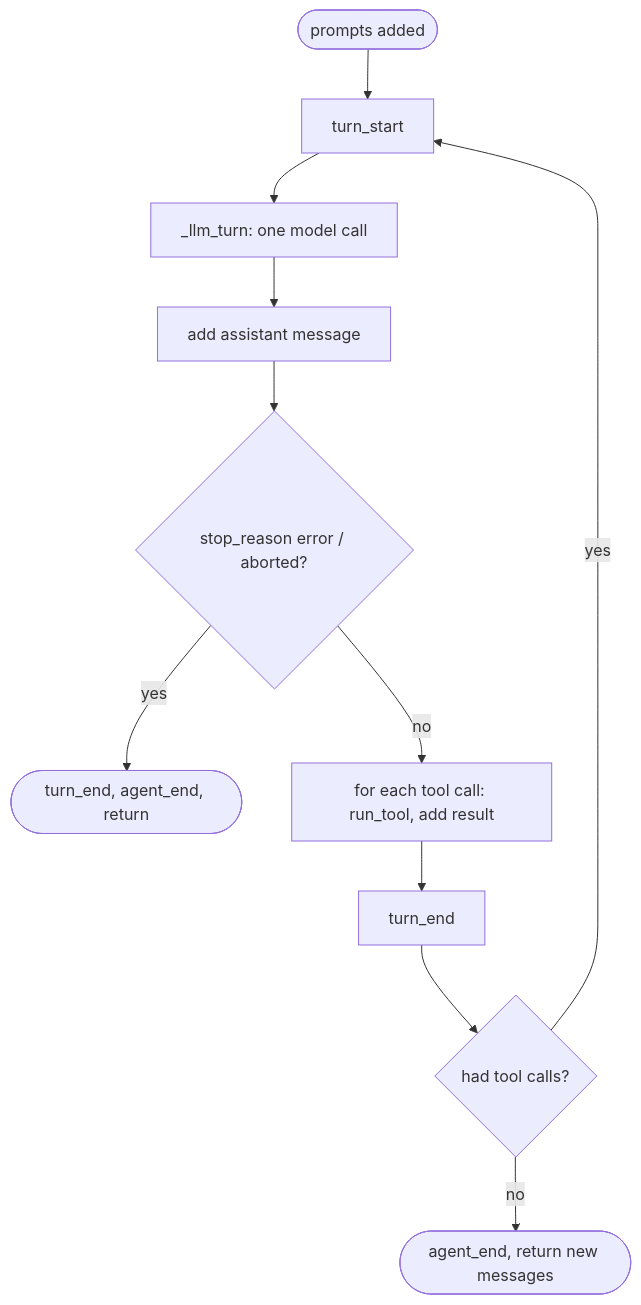
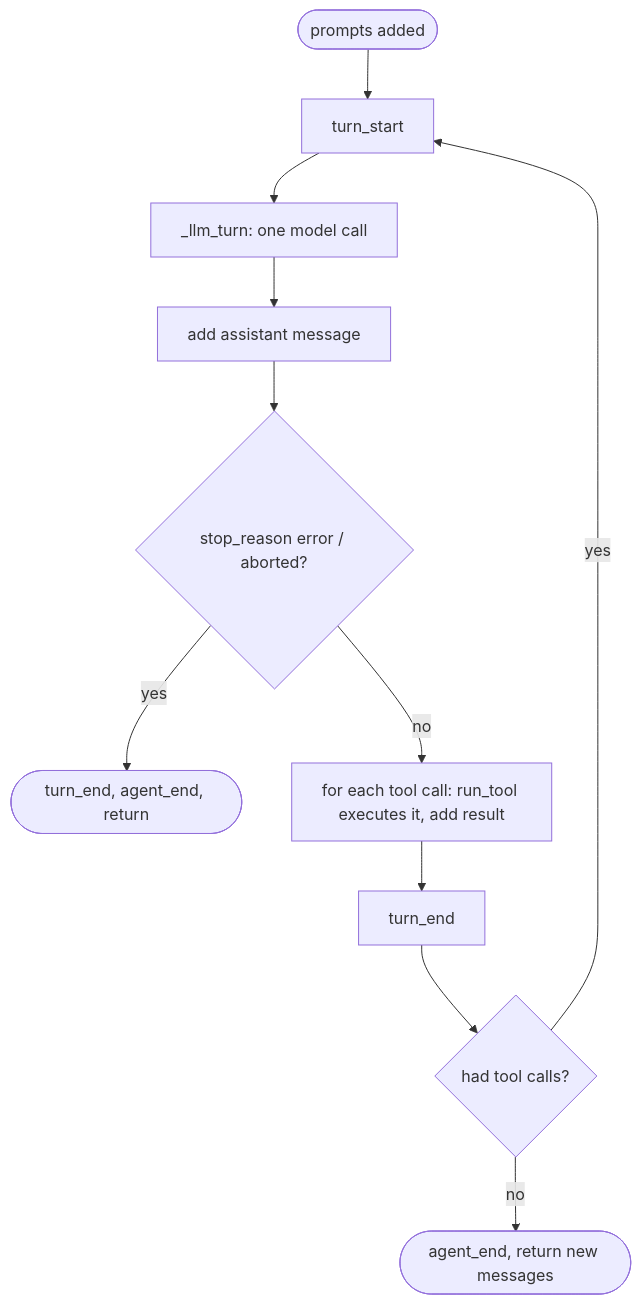
One commit to danhugo/simp-agent changed the fourth of 4 diagrams in docs/guidebook/05-agent-loop.md. Above: the diagram before and after it, drawn with Mermaid. The commit also changed other lines of this file and 2 other files, not shown here.

Commit message:
guidebook ch05: make "run" mean only the whole run

````diff
--- a/docs/guidebook/05-agent-loop.md
+++ b/docs/guidebook/05-agent-loop.md
@@ -345,13 +360,13 @@
 ```mermaid
 flowchart TD
     S([prompts added]) --> T[turn_start]
     T --> L["_llm_turn: one model call"]
     L --> A[add assistant message]
     A --> X{stop_reason error / aborted?}
     X -- yes --> END([turn_end, agent_end, return])
-    X -- no --> R[for each tool call: run_tool, add result]
+    X -- no --> R[for each tool call: run_tool executes it, add result]
     R --> TE[turn_end]
     TE --> H{had tool calls?}
     H -- yes --> T
     H -- no --> END2([agent_end, return new messages])
 ```
````
